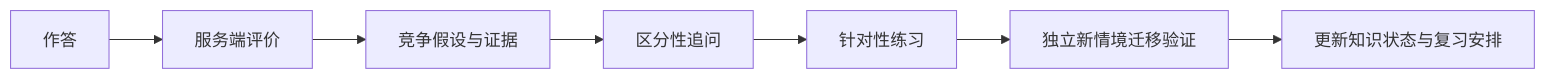
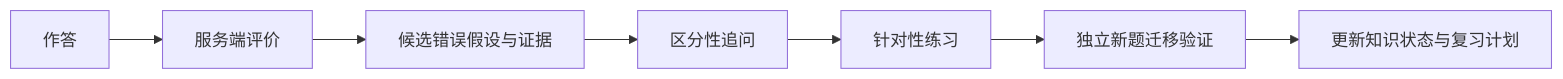
Before and after one commit to KaoruMiyagawa/UnlearnLoop: the first of 2 diagrams in README.md, drawn with Mermaid. The commit also changed other lines of this file and 1 other file, not shown here.

````diff
--- a/README.md
+++ b/README.md
@@ -17,9 +17,9 @@
 ```mermaid
 flowchart LR
     A[作答] --> B[服务端评价]
-    B --> C[竞争假设与证据]
+    B --> C[候选错误假设与证据]
     C --> D[区分性追问]
     D --> E[针对性练习]
-    E --> F[独立新情境迁移验证]
-    F --> G[更新知识状态与复习安排]
+    E --> F[独立新题迁移验证]
+    F --> G[更新知识状态与复习计划]
 ```
````
